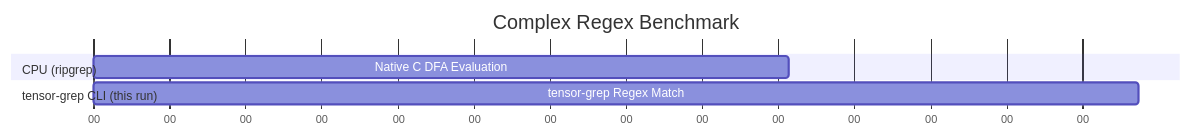
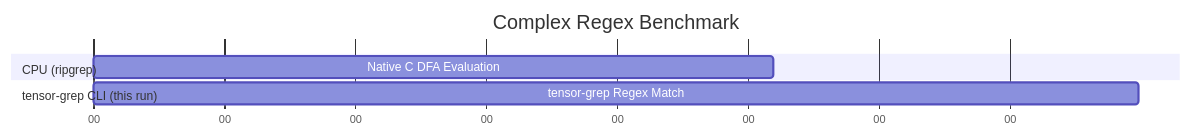
Before and after one commit to oimiragieo/tensor-grep: the second of 3 diagrams in docs/PAPER.md, drawn with Mermaid. The commit also changed other lines of this file and 1 other file, not shown here.

````diff
--- a/docs/PAPER.md
+++ b/docs/PAPER.md
@@ -103,12 +103,12 @@
 ```mermaid
 gantt
     title Complex Regex Benchmark
     dateFormat  s
     axisFormat %S
     
     section CPU (ripgrep)
-    Native C DFA Evaluation :a1, 0, 0.457s
+    Native C DFA Evaluation :a1, 0, 0.519s
     
     section tensor-grep CLI (this run)
-    tensor-grep Regex Match :a2, 0, 0.687s
+    tensor-grep Regex Match :a2, 0, 0.798s
 ```
````
